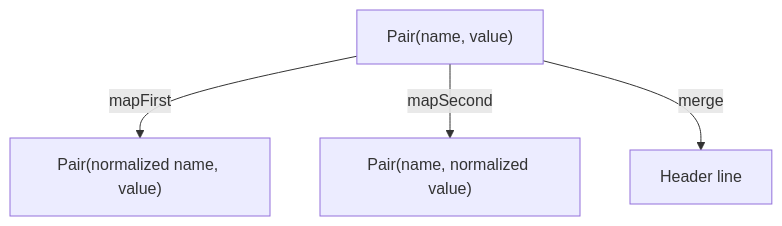
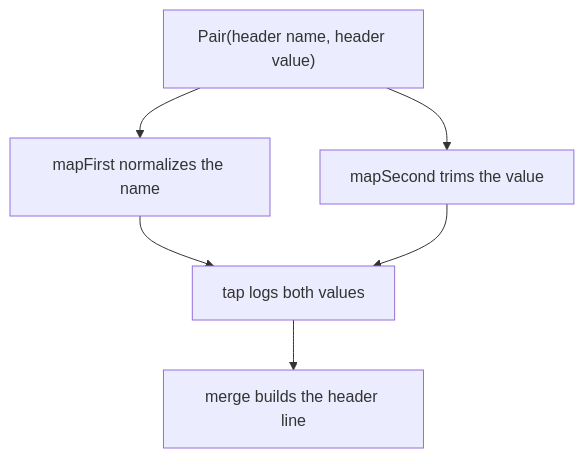
One commit to pplnd/core changed the diagram in docs/src/content/docs/guides/pair.md. Above: the diagram before and after it, drawn with Mermaid. The commit also changed other lines of this file and 63 other files, not shown here.

````diff
--- a/docs/src/content/docs/guides/pair.md
+++ b/docs/src/content/docs/guides/pair.md
@@ -29,7 +37,8 @@
 ```mermaid
 flowchart TD
-  Input["Pair(name, value)"]
-  Input -->|mapFirst| First["Pair(normalized name, value)"]
-  Input -->|mapSecond| Second["Pair(name, normalized value)"]
-  Input -->|merge| Merged["Header line"]
+  Input["Pair(header name, header value)"] --> First["mapFirst normalizes the name"]
+  Input --> Second["mapSecond trims the value"]
+  First --> Tapped["tap logs both values"]
+  Second --> Tapped
+  Tapped --> Merge["merge builds the header line"]
 ```
````
